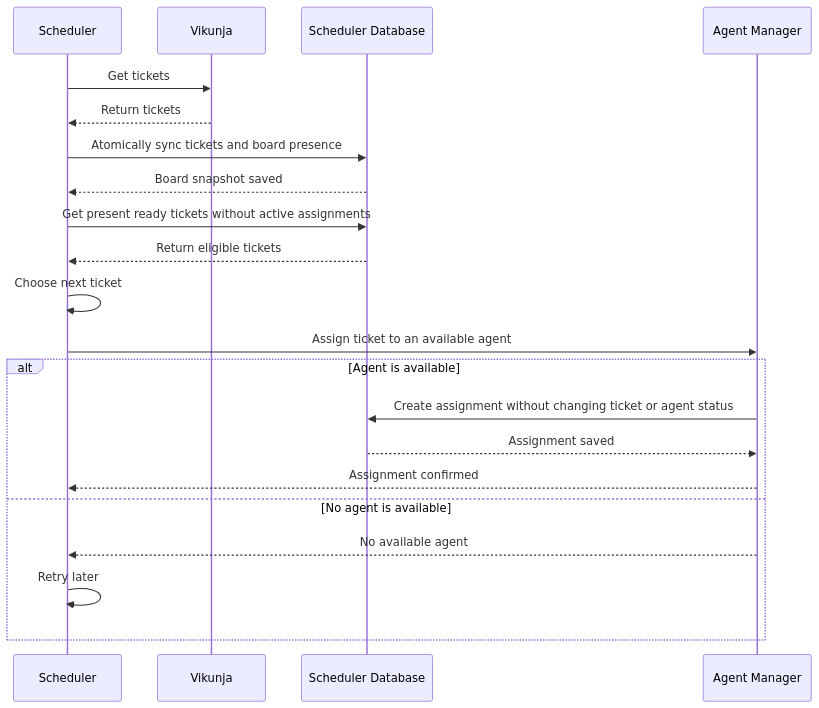
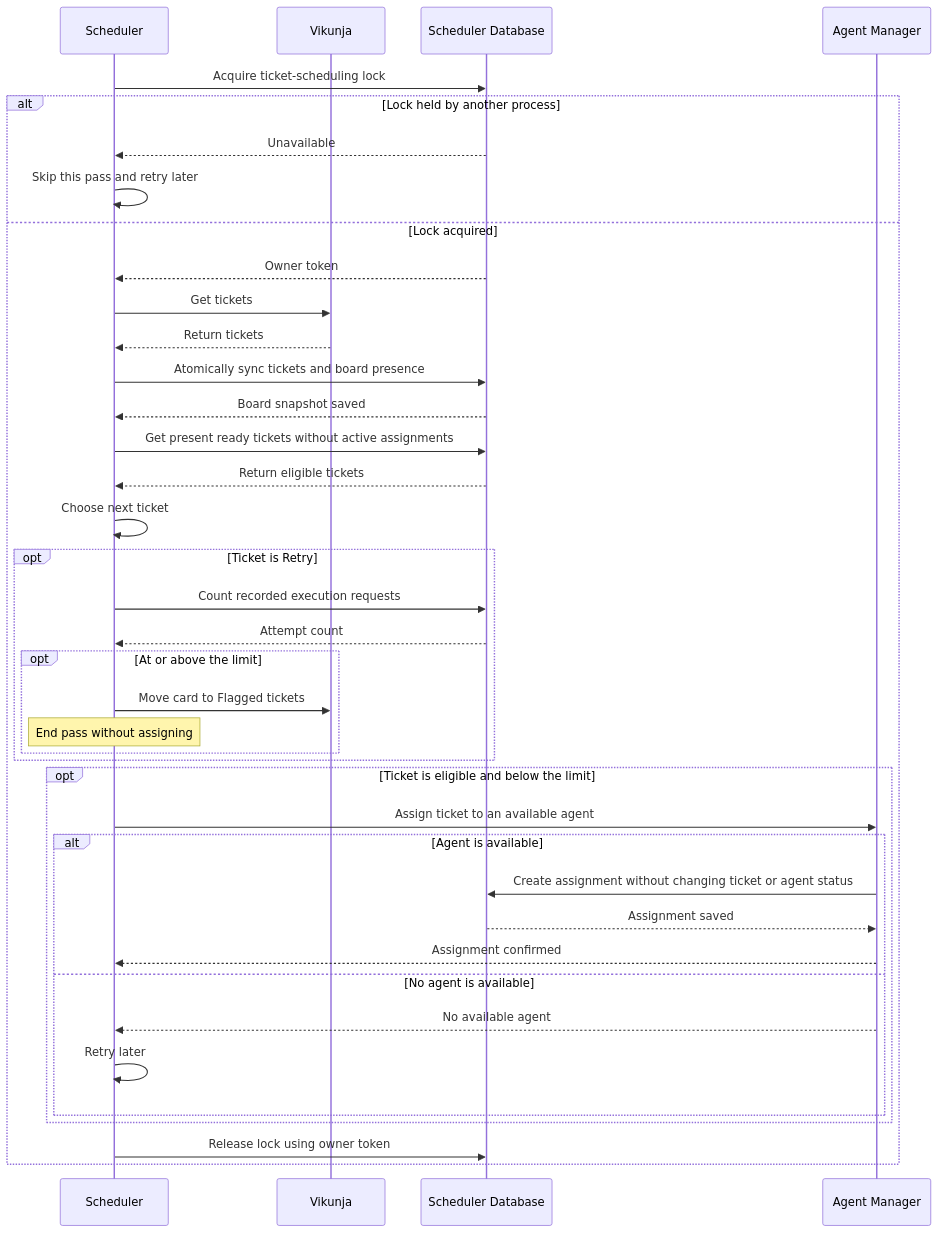
Before and after one commit to lgdelacruz92/agent-team: the diagram in agent-team/apps/scheduler/docs/architecture.comm.md, drawn with Mermaid. The commit also changed other lines of this file and 34 other files, not shown here.

````diff
--- a/agent-team/apps/scheduler/docs/architecture.comm.md
+++ b/agent-team/apps/scheduler/docs/architecture.comm.md
@@ -5,28 +5,47 @@
 ```mermaid
 sequenceDiagram
     participant S as Scheduler
     participant V as Vikunja
     participant DB as Scheduler Database
     participant A as Agent Manager
 
+    S->>DB: Acquire ticket-scheduling lock
+    alt Lock held by another process
+        DB-->>S: Unavailable
+        S->>S: Skip this pass and retry later
+    else Lock acquired
+    DB-->>S: Owner token
     S->>V: Get tickets
     V-->>S: Return tickets
 
     S->>DB: Atomically sync tickets and board presence
     DB-->>S: Board snapshot saved
 
     S->>DB: Get present ready tickets without active assignments
     DB-->>S: Return eligible tickets
     S->>S: Choose next ticket
 
+    opt Ticket is Retry
+        S->>DB: Count recorded execution requests
+        DB-->>S: Attempt count
+        opt At or above the limit
+            S->>V: Move card to Flagged tickets
+            Note over S: End pass without assigning
+        end
+    end
+
+    opt Ticket is eligible and below the limit
     S->>A: Assign ticket to an available agent
 
     alt Agent is available
         A->>DB: Create assignment without changing ticket or agent status
         DB-->>A: Assignment saved
         A-->>S: Assignment confirmed
     else No agent is available
         A-->>S: No available agent
         S->>S: Retry later
     end
+    end
+    S->>DB: Release lock using owner token
+    end
 ```
````
